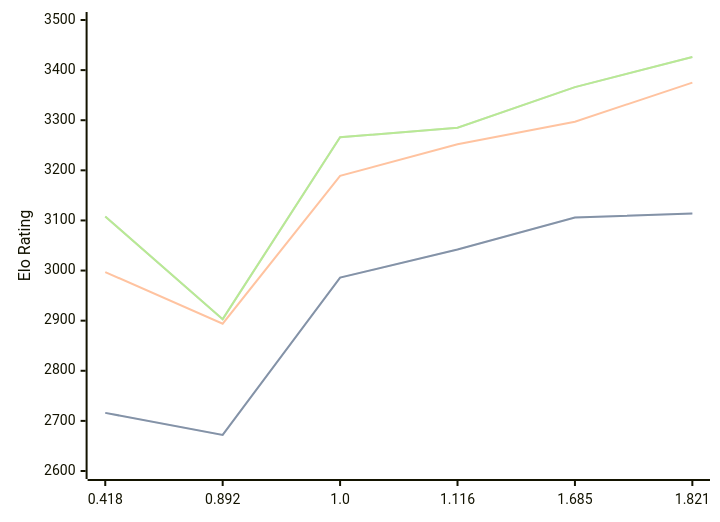
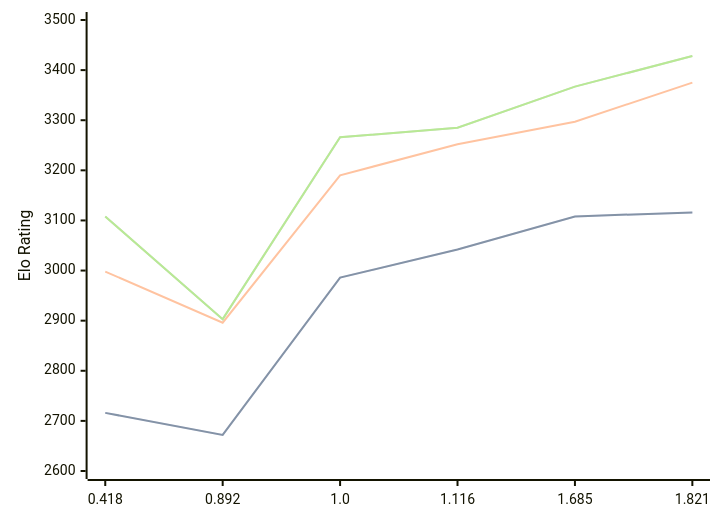
One commit to computer-chess-index/cci changed the diagram in engines/Malika.md. Above: the diagram before and after it, drawn with Mermaid. The commit also changed other lines of this file, not shown here.

Commit message:
Update CCI Ratings (ELO VLTC) - 2026-10-02

````diff
--- a/engines/Malika.md
+++ b/engines/Malika.md
@@ -36,11 +36,11 @@
 ```mermaid
 %%{init: {"theme":"base","themeVariables":{"seriesColors:['#a3a3a3','#222221','#faa371']}}}%%
 xychart-beta
   x-axis ["0.418", "0.892", "1.0", "1.116", "1.685", "1.821"]
   y-axis "Elo Rating" 2600 --> 3500
-  line "" [2716, 2672, 2986, 3042, 3106, 3114]
-  line "STC (8.0+0.08s)" [2716, 2672, 2986, 3042, 3106, 3114]
-  line "LTC (60.0+0.60s)" [2997, 2894, 3189, 3252, 3297, 3375]
-  line "" [3108, 2903, 3266, 3285, 3366, 3426]
-  line "VLTC (2m24s+1.12s)" [3108, 2903, 3266, 3285, 3366, 3426]
+  line "" [2716, 2672, 2986, 3042, 3108, 3116]
+  line "STC (8.0+0.08s)" [2716, 2672, 2986, 3042, 3108, 3116]
+  line "LTC (60.0+0.60s)" [2998, 2896, 3190, 3252, 3297, 3375]
+  line "" [3108, 2903, 3266, 3285, 3367, 3428]
+  line "VLTC (2m24s+1.12s)" [3108, 2903, 3266, 3285, 3367, 3428]
 ```
````
